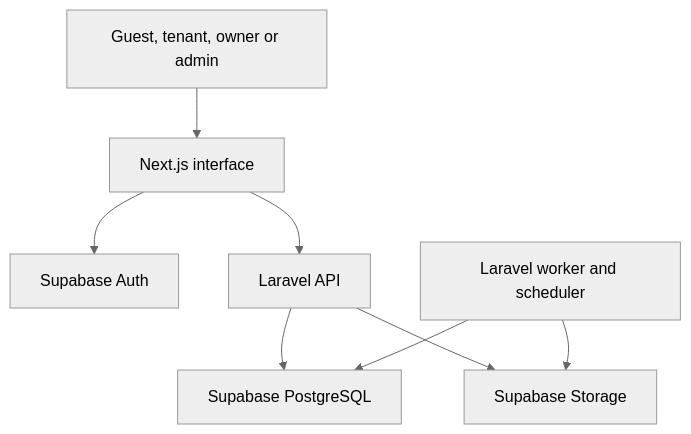
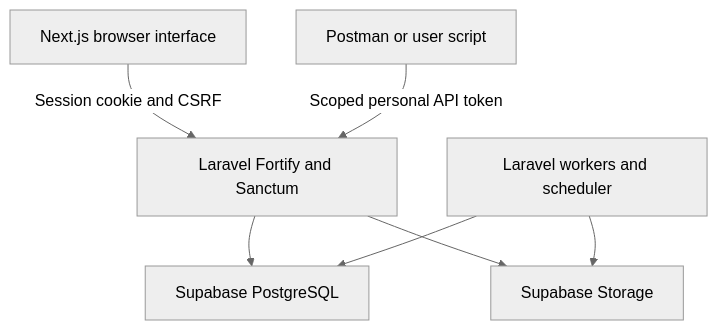
One commit to ndrhmdk/rentOS changed the diagram in docs/07-architecture/system-context.md. Above: the diagram before and after it, drawn with Mermaid (neutral theme). The commit also changed other lines of this file and 82 other files, not shown here.

Commit message:
docs: update authentication to Laravel Fortify + Laravel Sanctum

````diff
--- a/docs/07-architecture/system-context.md
+++ b/docs/07-architecture/system-context.md
@@ -3,10 +3,9 @@
 ```mermaid
 flowchart TD
-  U["Guest, tenant, owner or admin"] --> N["Next.js interface"]
-  N --> S["Supabase Auth"]
-  N --> L["Laravel API"]
+  B["Next.js browser interface"] -->|"Session cookie and CSRF"| L["Laravel Fortify and Sanctum"]
+  C["Postman or user script"] -->|"Scoped personal API token"| L
   L --> D["Supabase PostgreSQL"]
-  L --> F["Supabase Storage"]
-  W["Laravel worker and scheduler"] --> D
-  W --> F
+  L --> S["Supabase Storage"]
+  W["Laravel workers and scheduler"] --> D
+  W --> S
 ```
````
